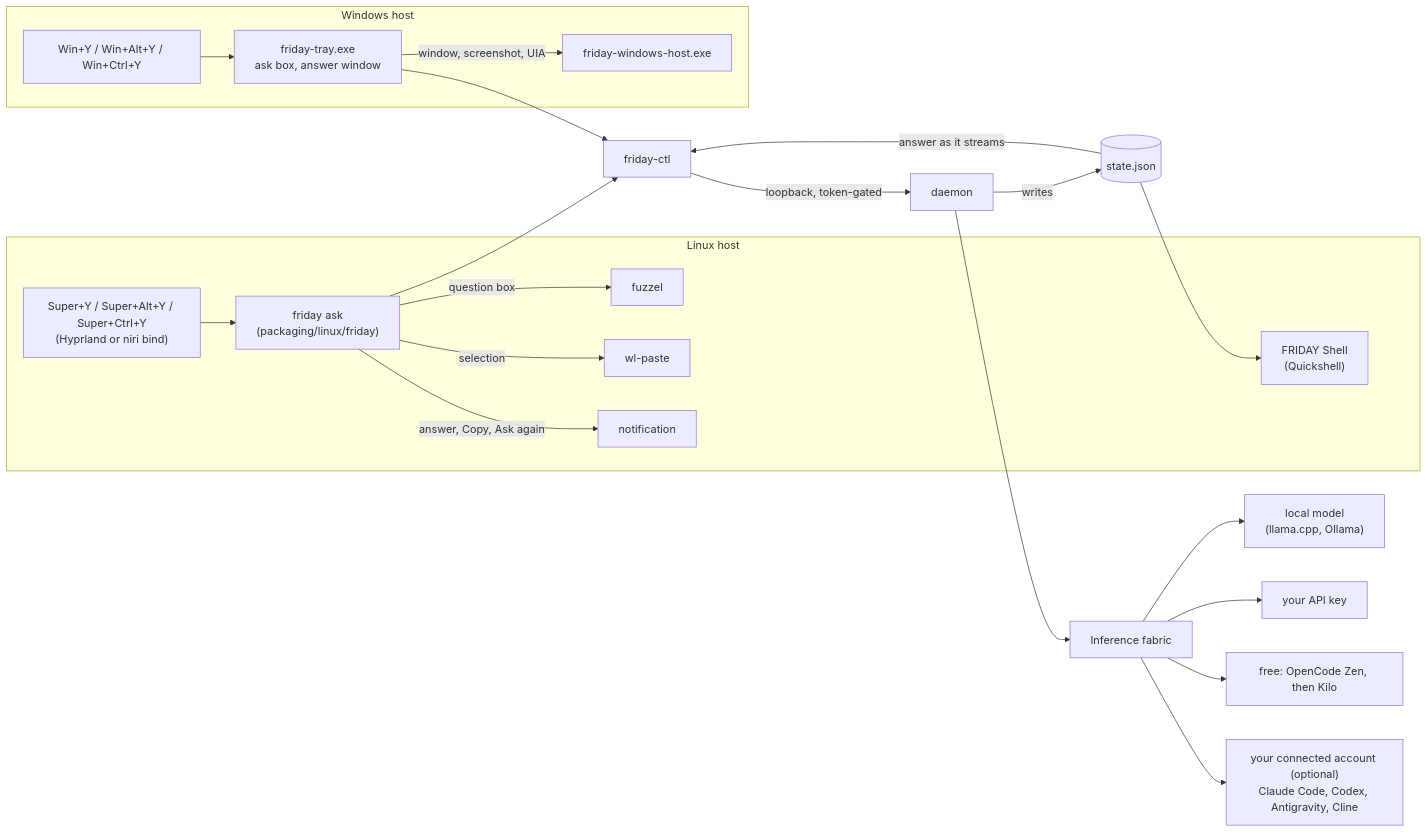
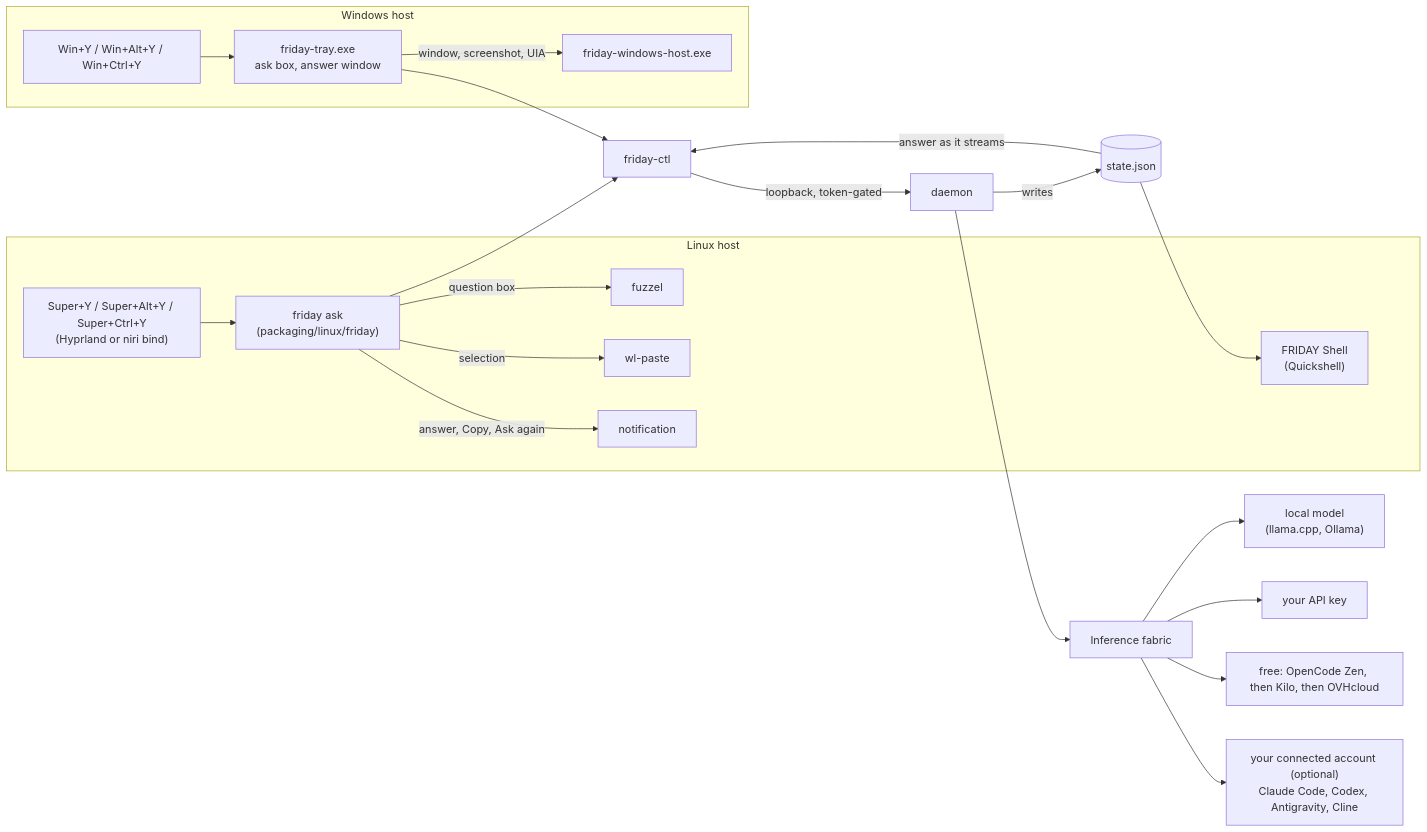
Before and after one commit to sreevarshan-xenoz/project-friday: the first of 5 diagrams in README.md, drawn with Mermaid. The commit also changed other lines of this file and 6 other files, not shown here.

````diff
--- a/README.md
+++ b/README.md
@@ -29,25 +29,25 @@
 ```mermaid
 flowchart LR
   subgraph Linux["Linux host"]
     K1["Super+Y / Super+Alt+Y / Super+Ctrl+Y<br/>(Hyprland or niri bind)"] --> CLI["friday ask<br/>(packaging/linux/friday)"]
     CLI -->|"question box"| FZ["fuzzel"]
     CLI -->|"selection"| WP["wl-paste"]
     CLI -->|"answer, Copy, Ask again"| NS["notification"]
     SH["FRIDAY Shell<br/>(Quickshell)"]
   end
   subgraph Windows["Windows host"]
     K2["Win+Y / Win+Alt+Y / Win+Ctrl+Y"] --> TR["friday-tray.exe<br/>ask box, answer window"]
     TR -->|"window, screenshot, UIA"| WH["friday-windows-host.exe"]
   end
   CLI --> CTL["friday-ctl"]
   TR --> CTL
   CTL -->|"loopback, token-gated"| D["daemon"]
   D -->|"writes"| ST[("state.json")]
   ST -->|"answer as it streams"| CTL
   ST --> SH
   D --> FAB["Inference fabric"]
   FAB --> P1["local model<br/>(llama.cpp, Ollama)"]
   FAB --> P2["your API key"]
-  FAB --> P4["free: OpenCode Zen, then Kilo"]
+  FAB --> P4["free: OpenCode Zen, then Kilo, then OVHcloud"]
   FAB --> P3["your connected account (optional)<br/>Claude Code, Codex, Antigravity, Cline"]
 ```
````
